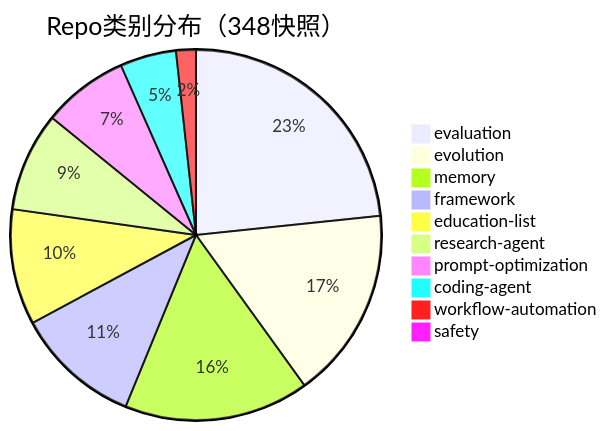
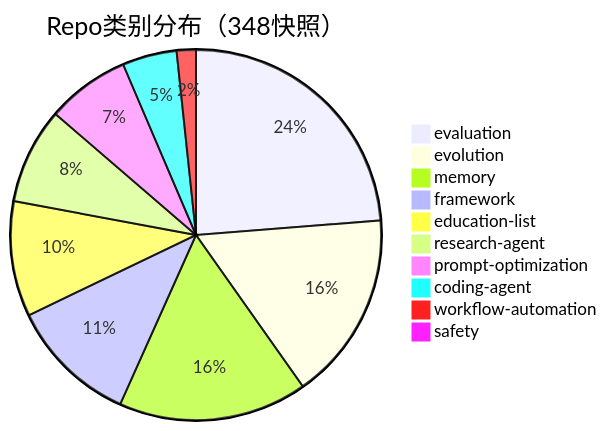
Before and after one commit to Shiyao-Huang/awesome-agent-evolution: the first of 2 diagrams in survey/figures/repo-techstack-and-trend-figures.md, drawn with Mermaid. The commit also changed other lines of this file and 112 other files, not shown here.

````diff
--- a/survey/figures/repo-techstack-and-trend-figures.md
+++ b/survey/figures/repo-techstack-and-trend-figures.md
@@ -7,13 +7,13 @@
 ```mermaid
 pie title Repo类别分布（348快照）
-    "evaluation" : 81
-    "evolution" : 58
-    "memory" : 56
-    "framework" : 38
-    "education-list" : 35
+    "evaluation" : 85
+    "evolution" : 59
+    "memory" : 59
+    "framework" : 40
+    "education-list" : 36
     "research-agent" : 30
     "prompt-optimization" : 26
     "coding-agent" : 17
     "workflow-automation" : 6
     "safety" : 1
 ```
````
